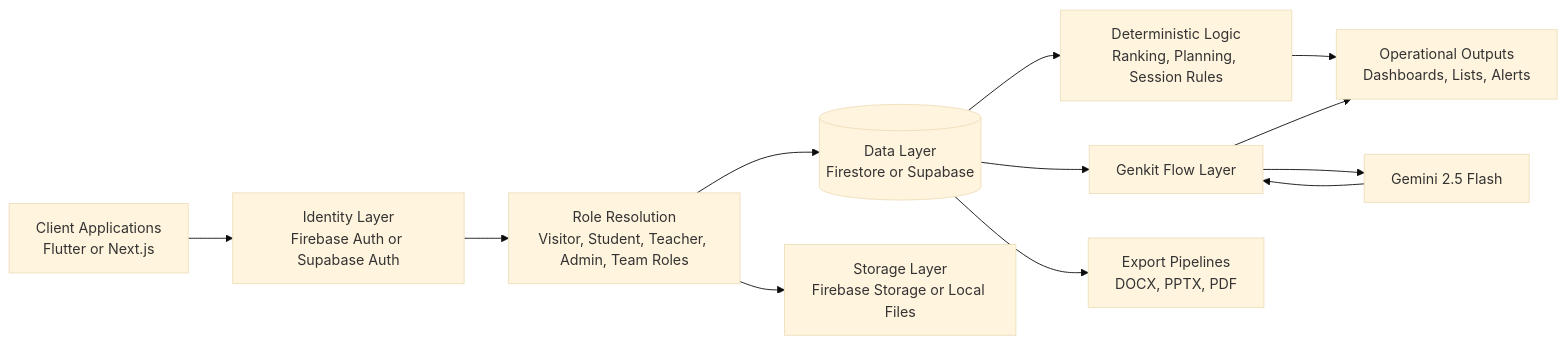
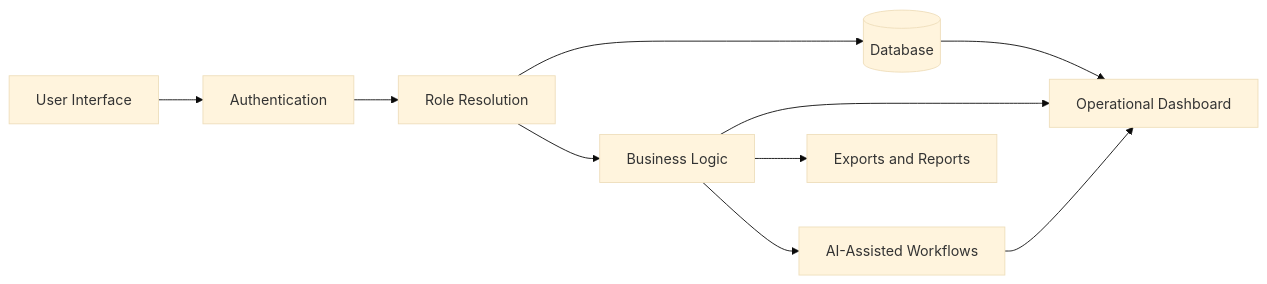
Before and after one commit to Aicodebyprince/Aicodebyprince: the diagram in README.md, drawn with Mermaid (base theme). The commit also changed other lines of this file, not shown here.

````diff
--- a/README.md
+++ b/README.md
@@ -377,16 +241,12 @@
 ```mermaid
 flowchart LR
-    U[Client Applications\nFlutter or Next.js] --> A[Identity Layer\nFirebase Auth or Supabase Auth]
-    A --> R[Role Resolution\nVisitor, Student, Teacher, Admin, Team Roles]
-    R --> D[(Data Layer\nFirestore or Supabase)]
-    R --> S[Storage Layer\nFirebase Storage or Local Files]
-
-    D --> AL[Deterministic Logic\nRanking, Planning, Session Rules]
-    D --> G[Genkit Flow Layer]
-    G --> M[Gemini 2.5 Flash]
-    M --> G
-
-    AL --> O[Operational Outputs\nDashboards, Lists, Alerts]
-    G --> O
-    D --> E[Export Pipelines\nDOCX, PPTX, PDF]
+    U[User Interface] --> A[Authentication]
+    A --> R[Role Resolution]
+    R --> D[(Database)]
+    R --> B[Business Logic]
+    B --> O[Operational Dashboard]
+    D --> O
+    B --> E[Exports and Reports]
+    B --> AI[AI-Assisted Workflows]
+    AI --> O
 ```
````
